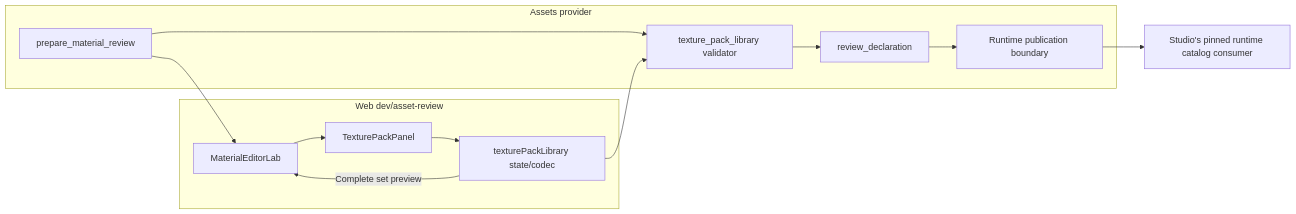
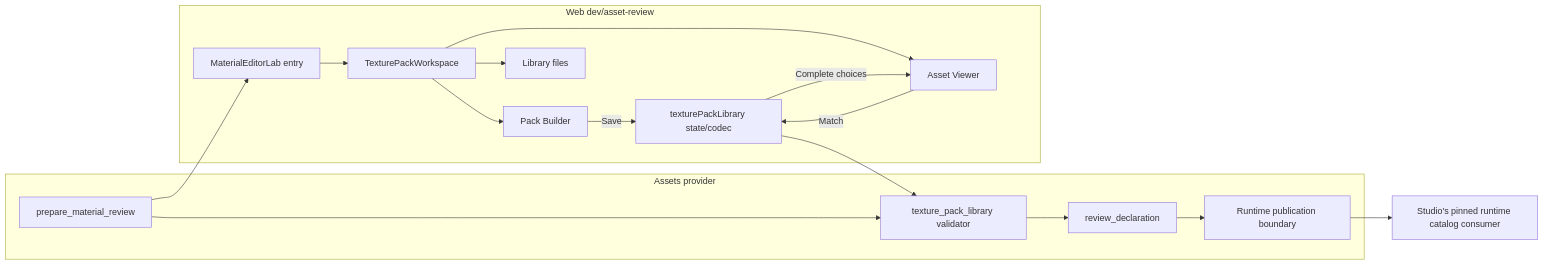
Before and after one commit to KirkDiggler/rpg-project: the diagram in ideas/assets/pack-material-profiles/README.md, drawn with Mermaid. The commit also changed other lines of this file and 1 other file, not shown here.

First line of the commit message:
docs(assets): separate pack building and asset matching views

````diff
--- a/ideas/assets/pack-material-profiles/README.md
+++ b/ideas/assets/pack-material-profiles/README.md
@@ -7,16 +7,19 @@
 ```mermaid
 flowchart LR
   subgraph Provider[Assets provider]
     M[prepare_material_review] --> V[texture_pack_library validator]
     V --> D[review_declaration]
     D --> R[Runtime publication boundary]
   end
   subgraph Workbench[Web dev/asset-review]
-    M --> L[MaterialEditorLab]
-    L --> P[TexturePackPanel]
-    P --> A[texturePackLibrary state/codec]
+    M --> L[MaterialEditorLab entry] --> P[TexturePackWorkspace]
+    P --> B[Pack Builder]
+    P --> E[Asset Viewer]
+    P --> F[Library files]
+    B -->|Save| A[texturePackLibrary state/codec]
+    E -->|Match| A
     A --> V
-    A -->|Complete set preview| L
+    A -->|Complete choices| E
   end
   R --> S[Studio's pinned runtime catalog consumer]
 ```
````
